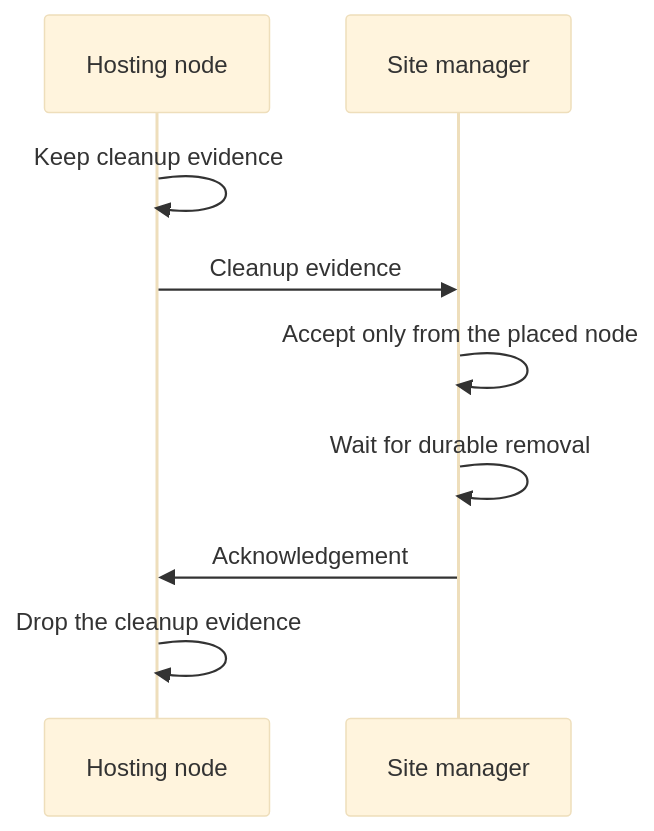
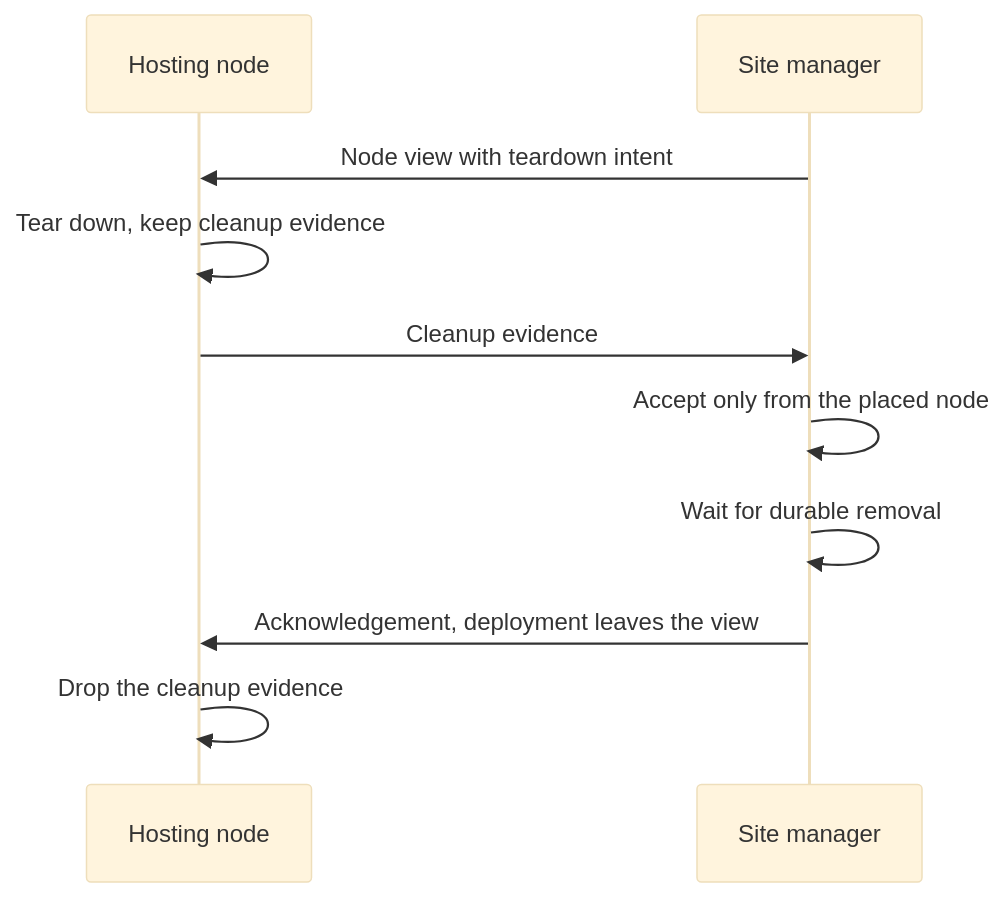
The fourth of 4 diagrams in docs/specs/sites.md (dotcoreai/dotcore), drawn with Mermaid (base theme) before and after one commit. The commit also changed other lines of this file and 5 other files, not shown here.

````diff
--- a/docs/specs/sites.md
+++ b/docs/specs/sites.md
@@ -127,11 +127,12 @@
 ```mermaid
 sequenceDiagram
   participant N as Hosting node
   participant SM as Site manager
-  N->>N: Keep cleanup evidence
+  SM->>N: Node view with teardown intent
+  N->>N: Tear down, keep cleanup evidence
   N->>SM: Cleanup evidence
   SM->>SM: Accept only from the placed node
   SM->>SM: Wait for durable removal
-  SM->>N: Acknowledgement
+  SM->>N: Acknowledgement, deployment leaves the view
   N->>N: Drop the cleanup evidence
 ```
````
